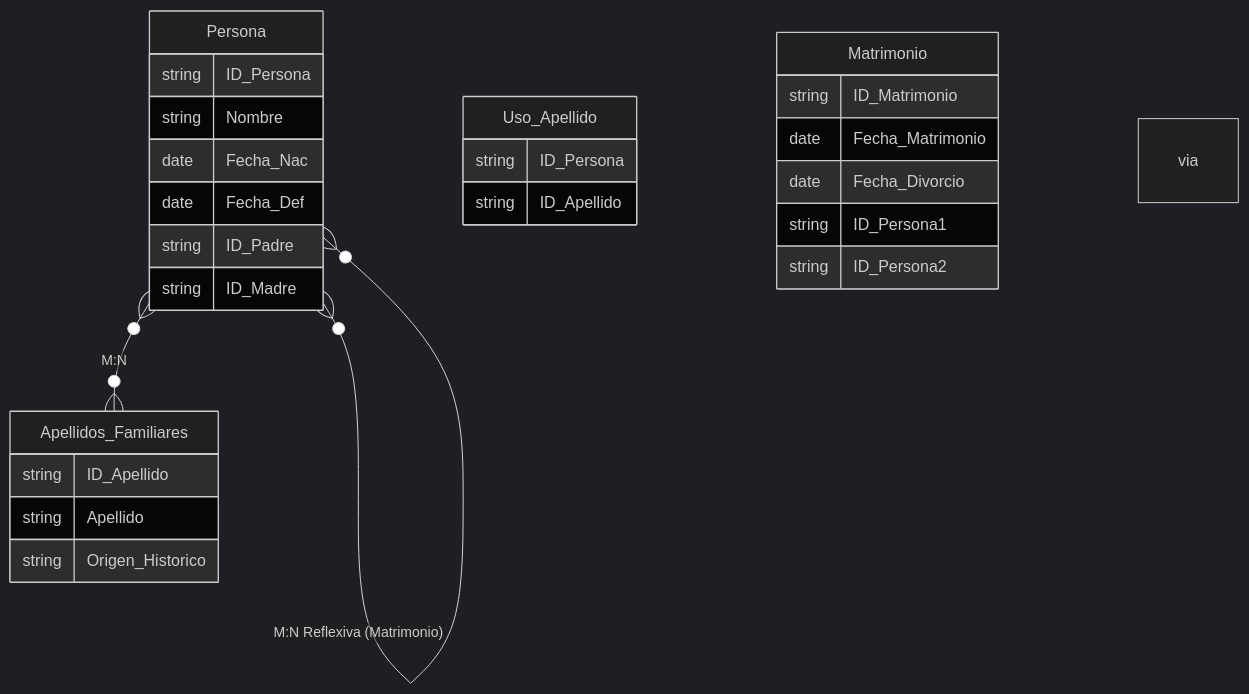
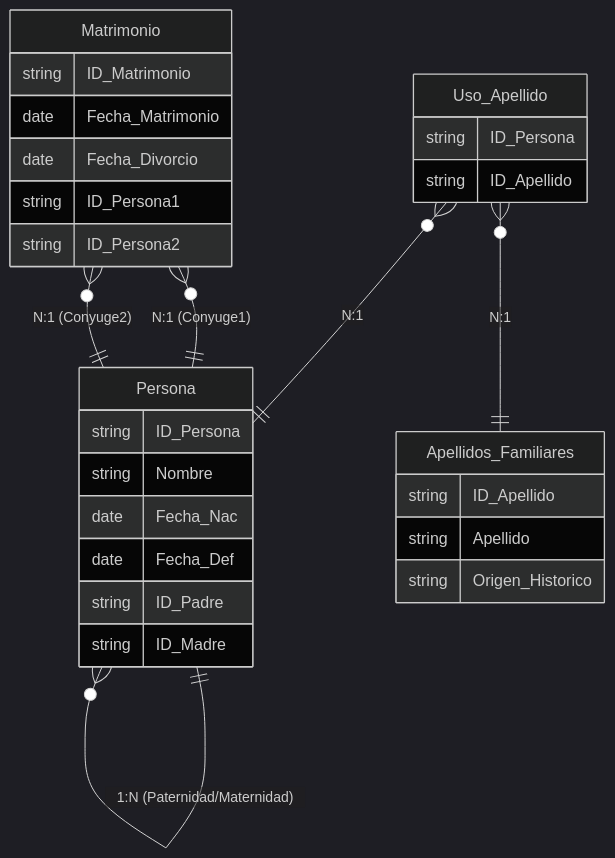
One commit to UnirCs/BBDDA-GLOBAL changed the diagram in Tema_0/00_Resources/05_Genealogia.md. Above: the diagram before and after it, drawn with Mermaid (dark theme). The commit also changed 6 other files, not shown here.

````diff
--- a/Tema_0/00_Resources/05_Genealogia.md
+++ b/Tema_0/00_Resources/05_Genealogia.md
@@ -34,36 +34,39 @@
 ```mermaid
 erDiagram
 
     Persona {
         string ID_Persona
         string Nombre
         date Fecha_Nac
         date Fecha_Def
         string ID_Padre
         string ID_Madre
     }
 
     Apellidos_Familiares {
         string ID_Apellido
         string Apellido
         string Origen_Historico
     }
 
     Uso_Apellido {
         string ID_Persona
         string ID_Apellido
     }
 
     Matrimonio {
         string ID_Matrimonio
         date Fecha_Matrimonio
         date Fecha_Divorcio
         string ID_Persona1
         string ID_Persona2
     }
 
-    Persona }o--o{ Apellidos_Familiares : "M:N" via Uso_Apellido
-    Persona ||--o{ Persona : "1:N Reflexiva (Paternidad/Maternidad)" 
-    Persona }o--o{ Persona : "M:N Reflexiva (Matrimonio)" via Matrimonio
+    Uso_Apellido }o--|| Persona : "N:1"
+    Uso_Apellido }o--|| Apellidos_Familiares : "N:1"
 
+    Matrimonio }o--|| Persona : "N:1 (Conyuge1)"
+    Matrimonio }o--|| Persona : "N:1 (Conyuge2)"
+
+    Persona ||--o{ Persona : "1:N (Paternidad/Maternidad)"
 ```
````
